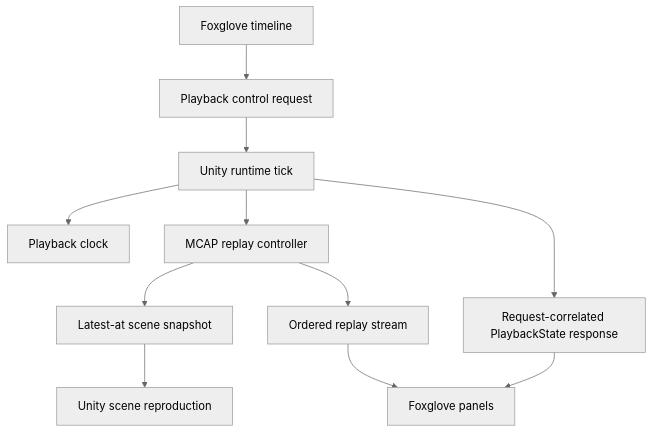
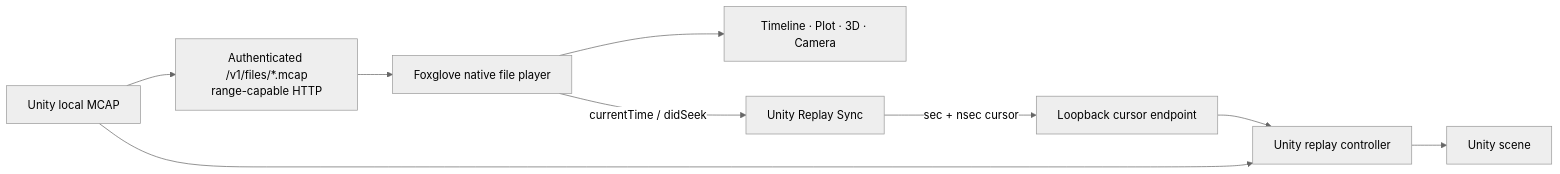
The diagram in docs/research-remote-timeline-scene-reproduction.md (JianbinLiu-CFLab/unity-foxglove-sdk), drawn with Mermaid (neutral theme) before and after one commit. The commit also changed other lines of this file and 10 other files, not shown here.

````diff
--- a/docs/research-remote-timeline-scene-reproduction.md
+++ b/docs/research-remote-timeline-scene-reproduction.md
@@ -94,13 +57,16 @@
 ```mermaid
-flowchart TD
-  Foxglove["Foxglove timeline"] --> Control["Playback control request"]
-  Control --> Runtime["Unity runtime tick"]
-  Runtime --> Clock["Playback clock"]
-  Runtime --> Replay["MCAP replay controller"]
-  Replay --> SceneSnapshot["Latest-at scene snapshot"]
-  Replay --> Stream["Ordered replay stream"]
-  SceneSnapshot --> UnityScene["Unity scene reproduction"]
-  Stream --> FoxglovePanels["Foxglove panels"]
-  Runtime --> State["Request-correlated PlaybackState response"]
-  State --> FoxglovePanels
+flowchart LR
+  Mcap["Unity local MCAP"]
+  Files["Authenticated /v1/files/*.mcap<br/>range-capable HTTP"]
+  Foxglove["Foxglove native file player"]
+  Panels["Timeline · Plot · 3D · Camera"]
+  Sync["Unity Replay Sync"]
+  Cursor["Loopback cursor endpoint"]
+  Replay["Unity replay controller"]
+  Scene["Unity scene"]
+
+  Mcap --> Files --> Foxglove --> Panels
+  Foxglove -->|"currentTime / didSeek"| Sync
+  Sync -->|"sec + nsec cursor"| Cursor --> Replay
+  Mcap --> Replay --> Scene
 ```
````
